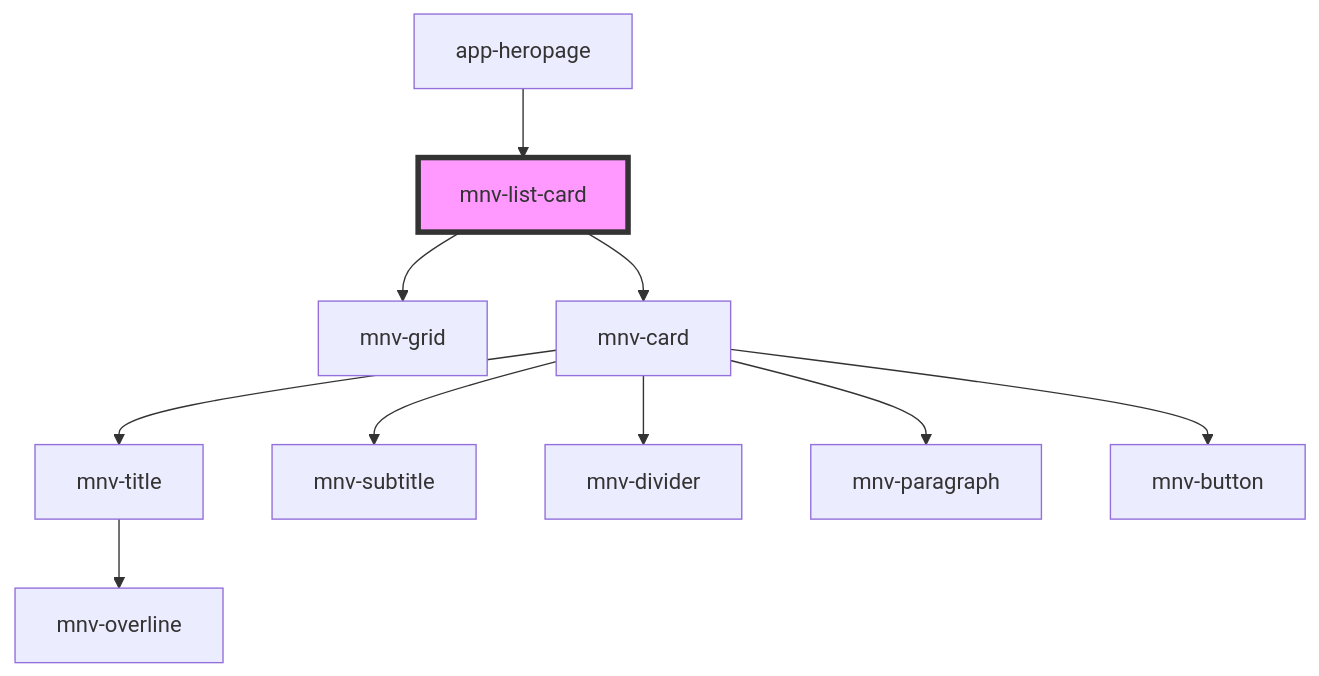
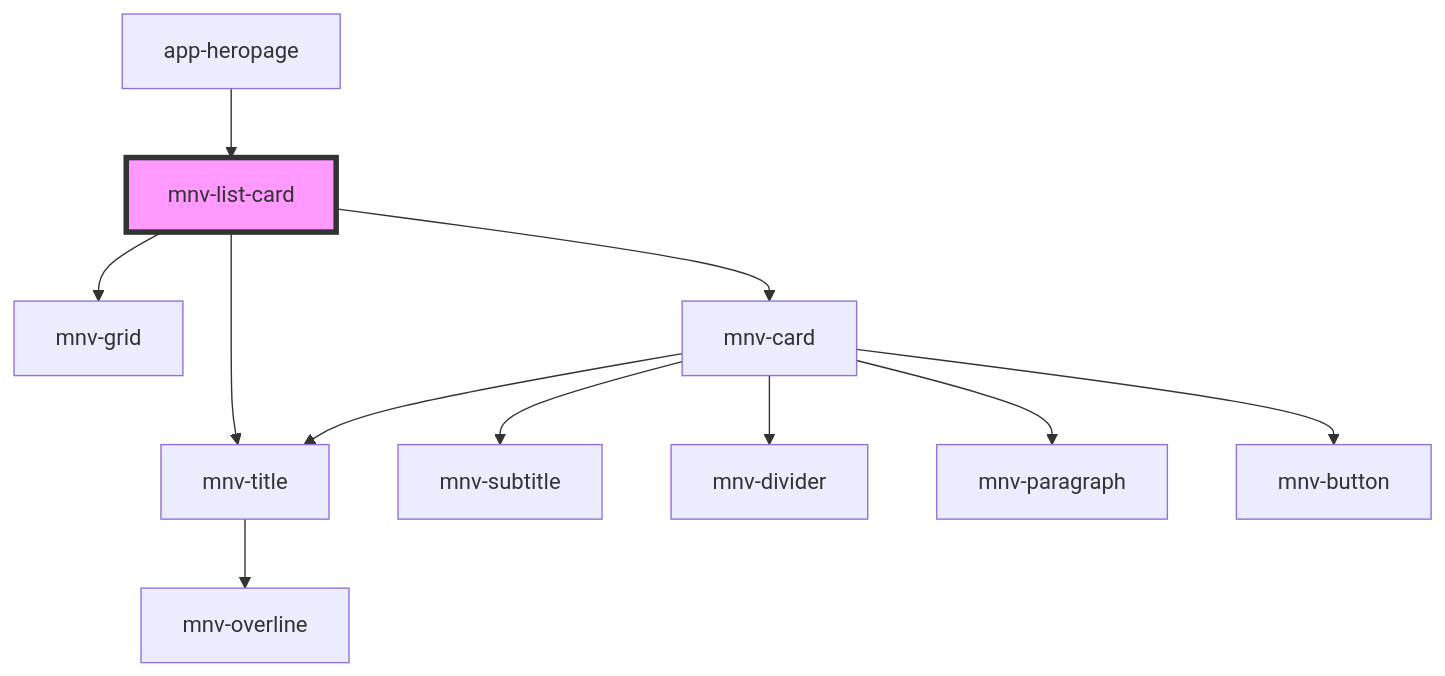
Before and after one commit to rafaela-vairo/ufrj-sustainable: the diagram in src/components/sections/mnv-list-card/readme.md, drawn with Mermaid. The commit also changed other lines of this file and 34 other files, not shown here.

````diff
--- a/src/components/sections/mnv-list-card/readme.md
+++ b/src/components/sections/mnv-list-card/readme.md
@@ -27,13 +28,14 @@
 ```mermaid
 graph TD;
   mnv-list-card --> mnv-grid
+  mnv-list-card --> mnv-title
   mnv-list-card --> mnv-card
+  mnv-title --> mnv-overline
   mnv-card --> mnv-title
   mnv-card --> mnv-subtitle
   mnv-card --> mnv-divider
   mnv-card --> mnv-paragraph
   mnv-card --> mnv-button
-  mnv-title --> mnv-overline
   app-heropage --> mnv-list-card
   style mnv-list-card fill:#f9f,stroke:#333,stroke-width:4px
 ```
````
